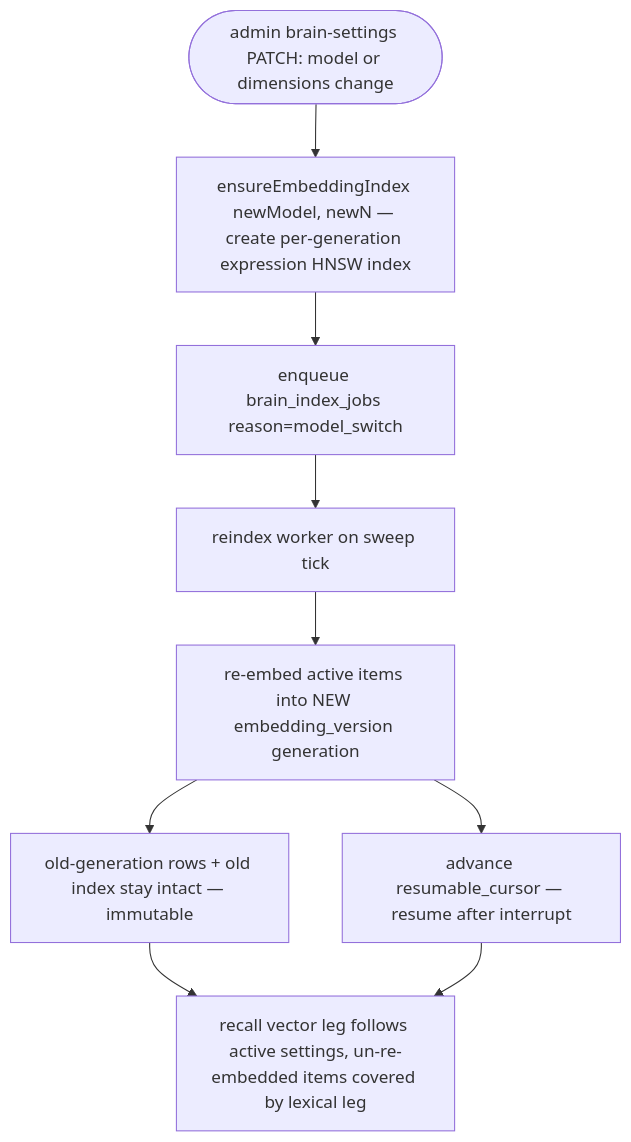
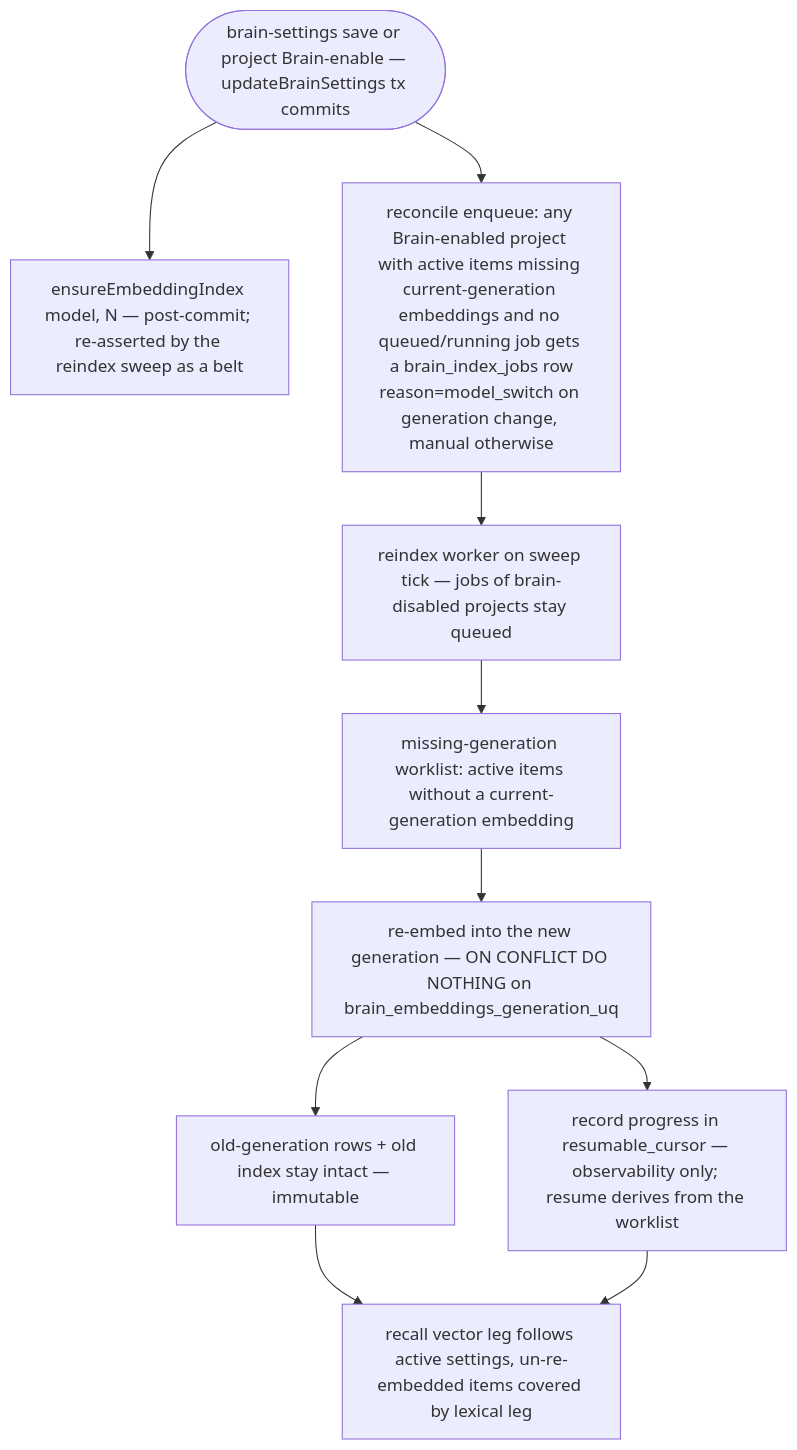
One commit to maister-dev/maister changed the seventh of 7 diagrams in docs/system-analytics/project-brain.md. Above: the diagram before and after it, drawn with Mermaid. The commit also changed other lines of this file and 61 other files, not shown here.

````diff
--- a/docs/system-analytics/project-brain.md
+++ b/docs/system-analytics/project-brain.md
@@ -197,11 +252,12 @@
 ```mermaid
 flowchart TD
-    PATCH([admin brain-settings PATCH: model or dimensions change]) --> IDX[ensureEmbeddingIndex newModel, newN — create per-generation expression HNSW index]
-    IDX --> JOB[enqueue brain_index_jobs reason=model_switch]
-    JOB --> WORK[reindex worker on sweep tick]
-    WORK --> REEMB[re-embed active items into NEW embedding_version generation]
+    SAVE([brain-settings save or project Brain-enable — updateBrainSettings tx commits]) --> IDX[ensureEmbeddingIndex model, N — post-commit; re-asserted by the reindex sweep as a belt]
+    SAVE --> REC[reconcile enqueue: any Brain-enabled project with active items missing current-generation embeddings and no queued/running job gets a brain_index_jobs row<br/>reason=model_switch on generation change, manual otherwise]
+    REC --> WORK[reindex worker on sweep tick — jobs of brain-disabled projects stay queued]
+    WORK --> LIST[missing-generation worklist: active items without a current-generation embedding]
+    LIST --> REEMB[re-embed into the new generation — ON CONFLICT DO NOTHING on brain_embeddings_generation_uq]
     REEMB --> OLD[old-generation rows + old index stay intact — immutable]
-    REEMB --> CUR[advance resumable_cursor — resume after interrupt]
+    REEMB --> CUR[record progress in resumable_cursor — observability only; resume derives from the worklist]
     OLD --> DONE[recall vector leg follows active settings, un-re-embedded items covered by lexical leg]
     CUR --> DONE
 ```
````
